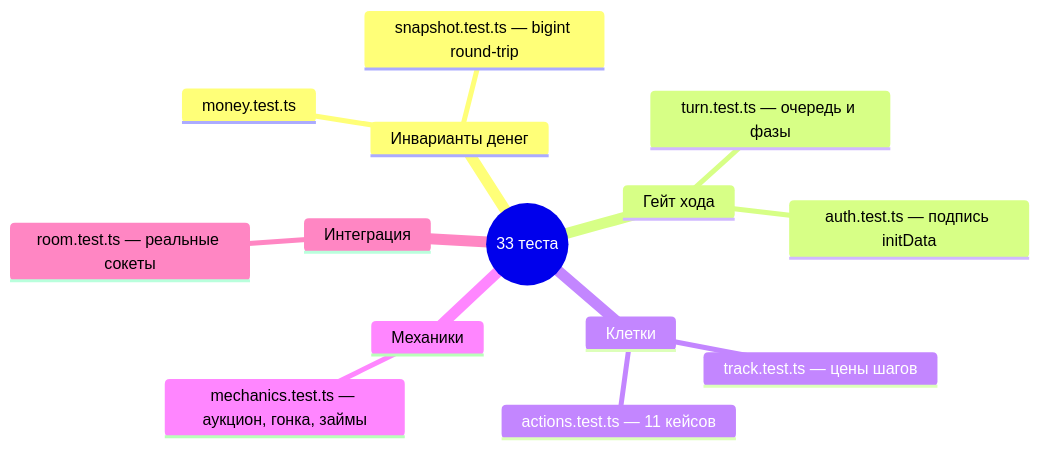
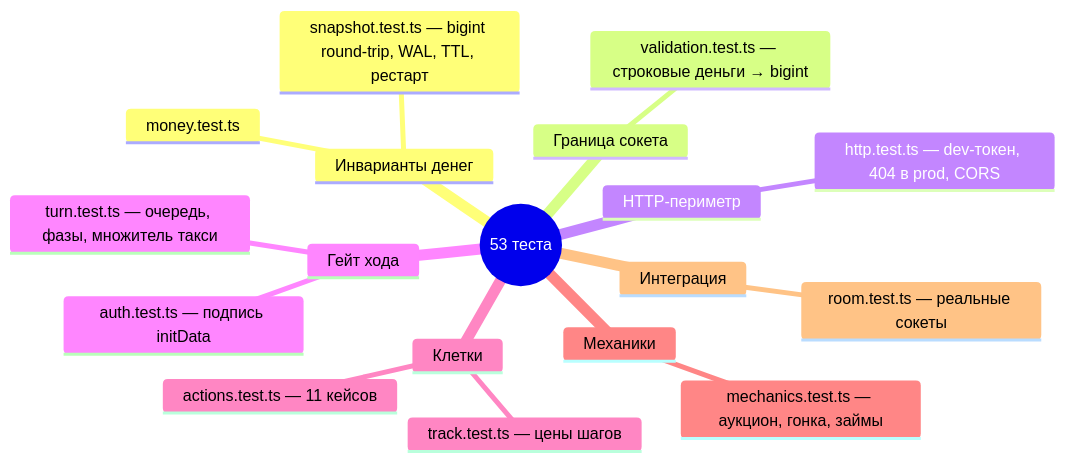
The diagram in docs/agent/TESTING.md (Sanuka595/automonopoly), drawn with Mermaid before and after one commit. The commit also changed other lines of this file and 10 other files, not shown here.

````diff
--- a/docs/agent/TESTING.md
+++ b/docs/agent/TESTING.md
@@ -6,17 +6,21 @@
 ```mermaid
 mindmap
-  root((33 теста))
+  root((53 теста))
     Инварианты денег
       money.test.ts
-      snapshot.test.ts — bigint round-trip
+      snapshot.test.ts — bigint round-trip, WAL, TTL, рестарт
+    Граница сокета
+      validation.test.ts — строковые деньги → bigint
+    HTTP-периметр
+      http.test.ts — dev-токен, 404 в prod, CORS
     Гейт хода
-      turn.test.ts — очередь и фазы
+      turn.test.ts — очередь, фазы, множитель такси
       auth.test.ts — подпись initData
     Клетки
       actions.test.ts — 11 кейсов
       track.test.ts — цены шагов
     Механики
       mechanics.test.ts — аукцион, гонка, займы
     Интеграция
       room.test.ts — реальные сокеты
 ```
````
